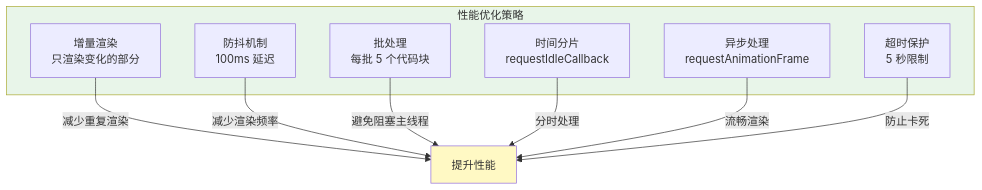
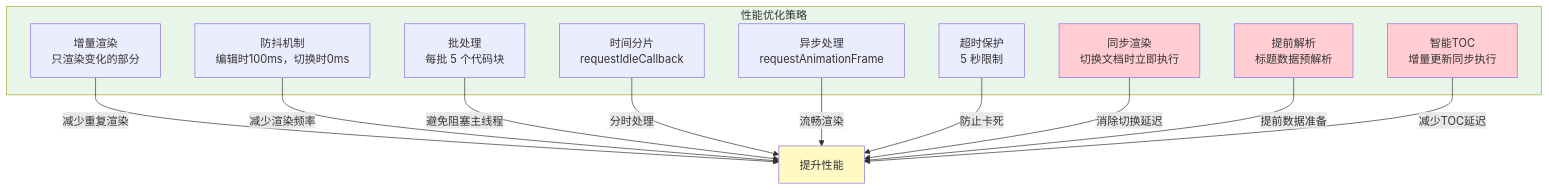
One commit to ZCShou/markdown changed the tenth of 10 diagrams in docs/preview.md. Above: the diagram before and after it, drawn with Mermaid. The commit also changed other lines of this file, not shown here.

Commit message:
feat: implement incremental rendering and early heading data parsing for improved TOC performance

````diff
--- a/docs/preview.md
+++ b/docs/preview.md
@@ -1826,21 +2048,30 @@
 ```mermaid
 graph TB
     subgraph Opt ["性能优化策略"]
         Incremental[增量渲染<br/>只渲染变化的部分]
-        Debounce[防抖机制<br/>100ms 延迟]
+        Debounce[防抖机制<br/>编辑时100ms，切换时0ms]
         Batch[批处理<br/>每批 5 个代码块]
         Idle[时间分片<br/>requestIdleCallback]
         Async[异步处理<br/>requestAnimationFrame]
         Timeout[超时保护<br/>5 秒限制]
+        SyncRender[同步渲染<br/>切换文档时立即执行]
+        EarlyParse[提前解析<br/>标题数据预解析]
+        SmartTOC[智能TOC<br/>增量更新同步执行]
     end
 
     Incremental --> |减少重复渲染| Perf[提升性能]
     Debounce --> |减少渲染频率| Perf
     Batch --> |避免阻塞主线程| Perf
     Idle --> |分时处理| Perf
     Async --> |流畅渲染| Perf
     Timeout --> |防止卡死| Perf
+    SyncRender --> |消除切换延迟| Perf
+    EarlyParse --> |提前数据准备| Perf
+    SmartTOC --> |减少TOC延迟| Perf
 
     style Opt fill:#e8f5e9
     style Perf fill:#fff9c4
+    style SyncRender fill:#ffcdd2
+    style EarlyParse fill:#ffcdd2
+    style SmartTOC fill:#ffcdd2
 ```
````
